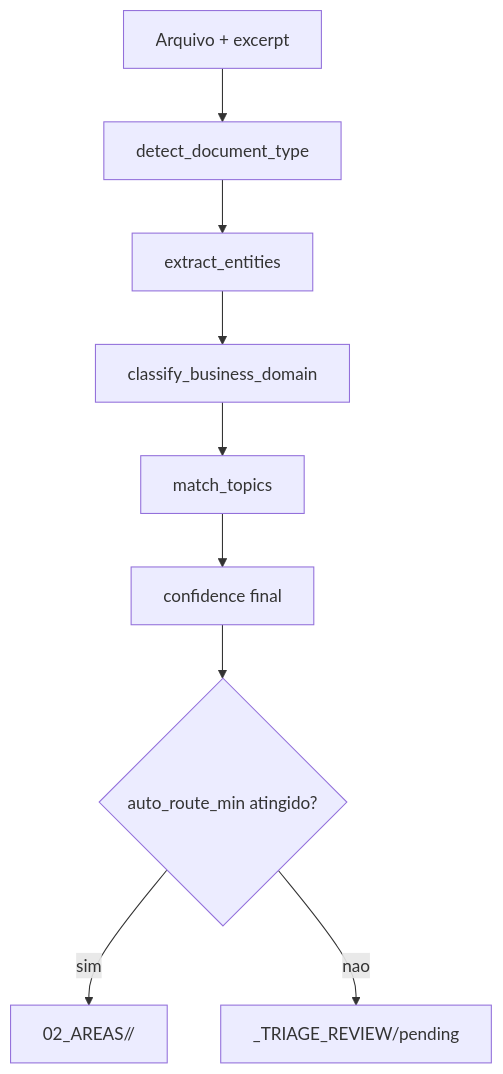
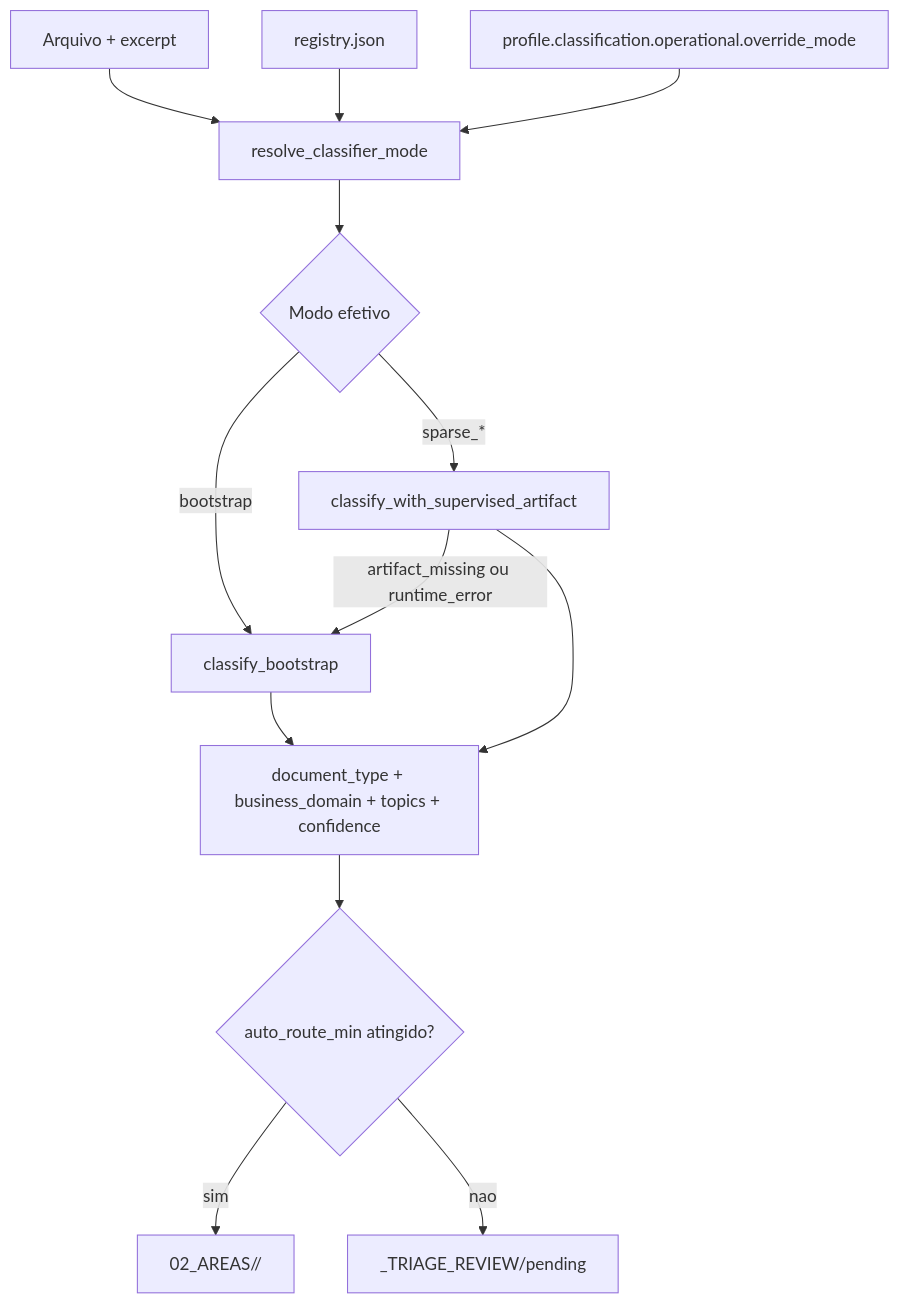
Before and after one commit to aleonnet/atlasfile: the diagram in docs/10_classifier_design.md, drawn with Mermaid. The commit also changed other lines of this file and 83 other files, not shown here.

First line of the commit message:
feat: ship AtlasFile 0.8.0 classifier lifecycle and business-domain cleanup

````diff
--- a/docs/10_classifier_design.md
+++ b/docs/10_classifier_design.md
@@ -22,11 +33,15 @@
 ```mermaid
 flowchart TD
-    A[Arquivo + excerpt] --> B[detect_document_type]
-    B --> C[extract_entities]
-    C --> D[classify_business_domain]
-    D --> E[match_topics]
-    E --> F[confidence final]
+    A[Arquivo + excerpt] --> B[resolve_classifier_mode]
+    R[registry.json] --> B
+    P[profile.classification.operational.override_mode] --> B
+    B --> C{Modo efetivo}
+    C -->|bootstrap| D[classify_bootstrap]
+    C -->|sparse_*| E[classify_with_supervised_artifact]
+    E -->|artifact_missing ou runtime_error| D
+    D --> F[document_type + business_domain + topics + confidence]
+    E --> F
     F --> G{auto_route_min atingido?}
     G -->|sim| H[02_AREAS/<business_domain>/<document_type>]
     G -->|nao| I[_TRIAGE_REVIEW/pending]
 ```
````
